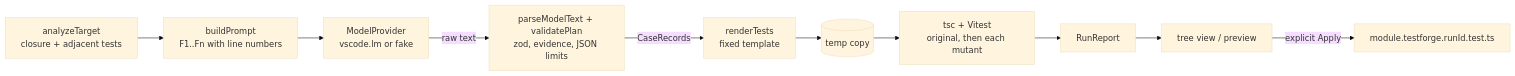
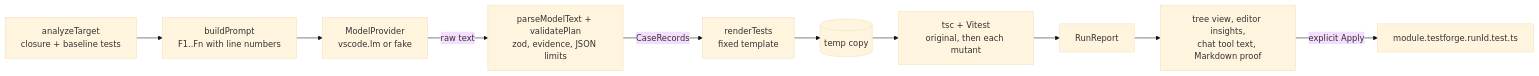
The diagram in docs/architecture.md (Bigchaka02/TestForge), drawn with Mermaid (base theme) before and after one commit. The commit also changed other lines of this file and 9 other files, not shown here.

````diff
--- a/docs/architecture.md
+++ b/docs/architecture.md
@@ -49,12 +53,12 @@
 ```mermaid
 flowchart LR
-  A[analyzeTarget<br/>closure + adjacent tests] --> P[buildPrompt<br/>F1..Fn with line numbers]
+  A[analyzeTarget<br/>closure + baseline tests] --> P[buildPrompt<br/>F1..Fn with line numbers]
   P --> M[ModelProvider<br/>vscode.lm or fake]
   M -- raw text --> V[parseModelText + validatePlan<br/>zod, evidence, JSON limits]
   V -- CaseRecords --> R[renderTests<br/>fixed template]
   R --> C[(temp copy)]
   C --> T[tsc + Vitest<br/>original, then each mutant]
   T --> Rep[RunReport]
-  Rep --> UI[tree view / preview]
+  Rep --> UI[tree view, editor insights,<br/>chat tool text, Markdown proof]
   UI -- explicit Apply --> W[module.testforge.runId.test.ts]
 ```
````
